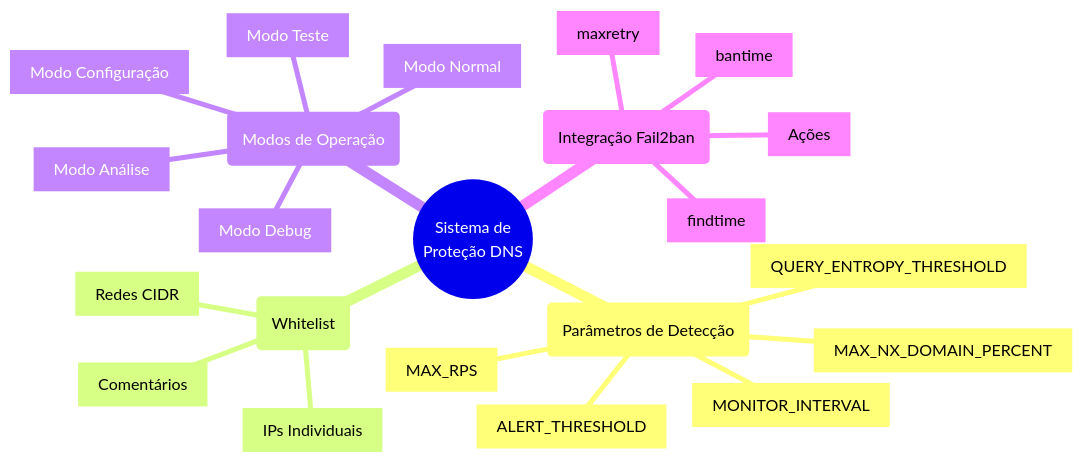
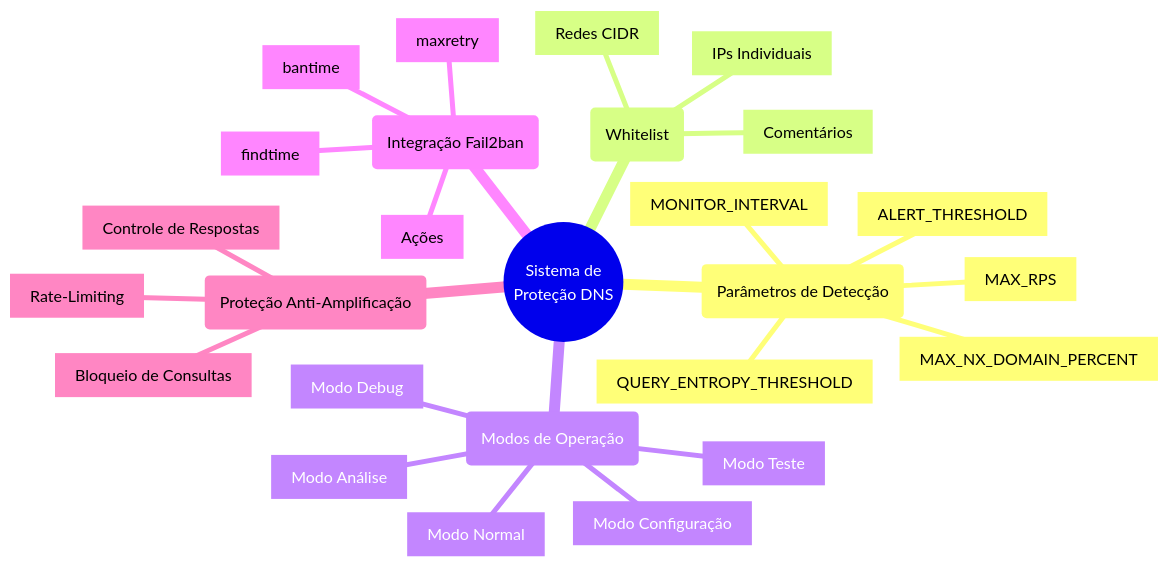
The fourth of 7 diagrams in docs/dns-protection-technical-guide.md (flicl/super-dns-recursivo), drawn with Mermaid before and after one commit. The commit also changed other lines of this file and 2 other files, not shown here.

Commit message:
feat: Enhance DNS protection with anti-amplification measures and update documentation

````diff
--- a/docs/dns-protection-technical-guide.md
+++ b/docs/dns-protection-technical-guide.md
@@ -279,25 +279,29 @@
 ```mermaid
 mindmap
   root((Sistema de<br>Proteção DNS))
     (Parâmetros de Detecção)
       [MAX_RPS]
       [MONITOR_INTERVAL]
       [ALERT_THRESHOLD]
       [QUERY_ENTROPY_THRESHOLD]
       [MAX_NX_DOMAIN_PERCENT]
     (Whitelist)
       [IPs Individuais]
       [Redes CIDR]
       [Comentários]
     (Modos de Operação)
       [Modo Normal]
       [Modo Debug]
       [Modo Teste]
       [Modo Análise]
       [Modo Configuração]
     (Integração Fail2ban)
       [findtime]
       [bantime]
       [maxretry]
       [Ações]
+    (Proteção Anti-Amplificação)
+      [Bloqueio de Consultas]
+      [Rate-Limiting]
+      [Controle de Respostas]
 ```
````
